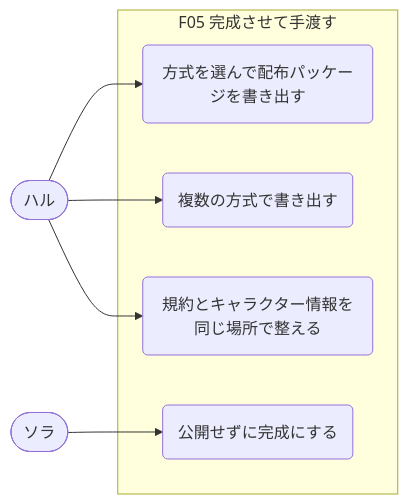
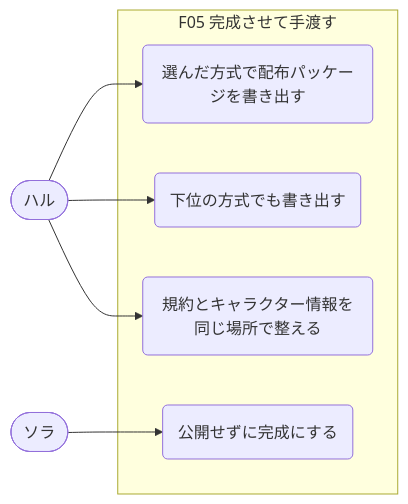
The sixth of 6 diagrams in docs/usecase-map.md (dino3616/koeru), drawn with Mermaid before and after one commit. The commit also changed other lines of this file and 3 other files, not shown here.

````diff
--- a/docs/usecase-map.md
+++ b/docs/usecase-map.md
@@ -251,15 +255,15 @@
 ```mermaid
 flowchart LR
   haru(["ハル"])
   sora(["ソラ"])
   subgraph F05["F05 完成させて手渡す"]
-    uc1("方式を選んで配布パッケージを書き出す")
-    uc2("複数の方式で書き出す")
+    uc1("選んだ方式で配布パッケージを書き出す")
+    uc2("下位の方式でも書き出す")
     uc3("公開せずに完成にする")
     uc4("規約とキャラクター情報を同じ場所で整える")
   end
   haru --> uc1
   haru --> uc2
   haru --> uc4
   sora --> uc3
 ```
````
